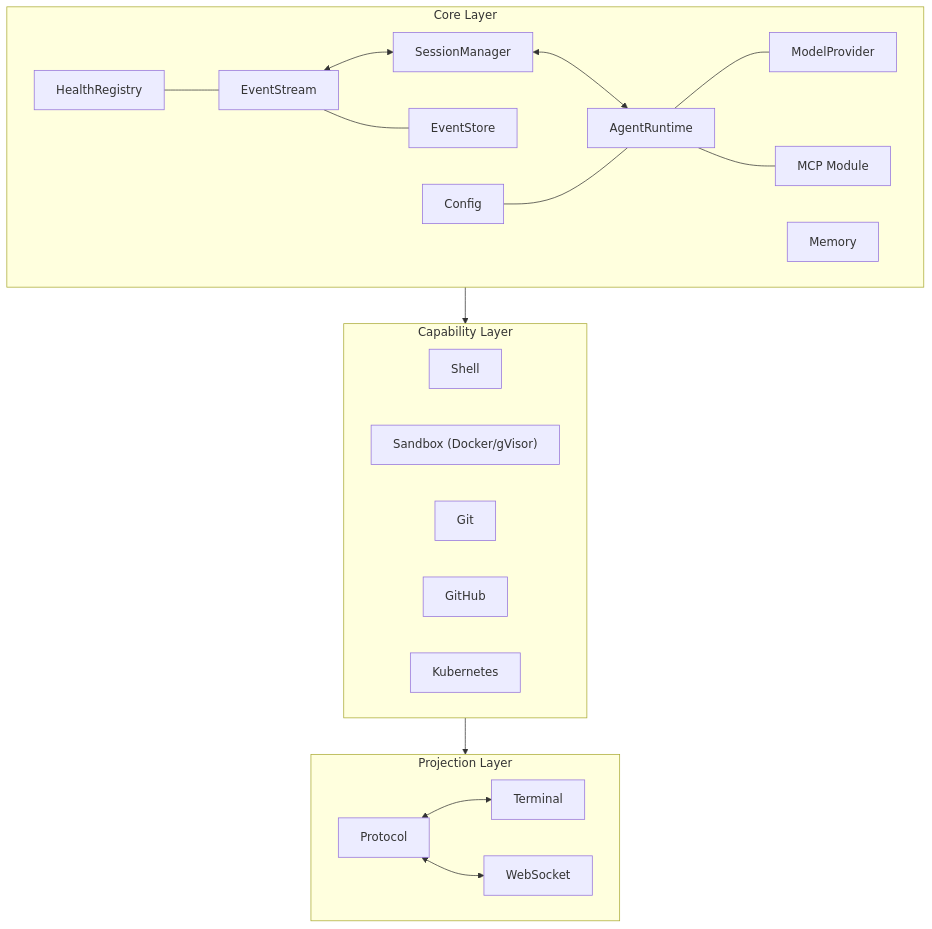
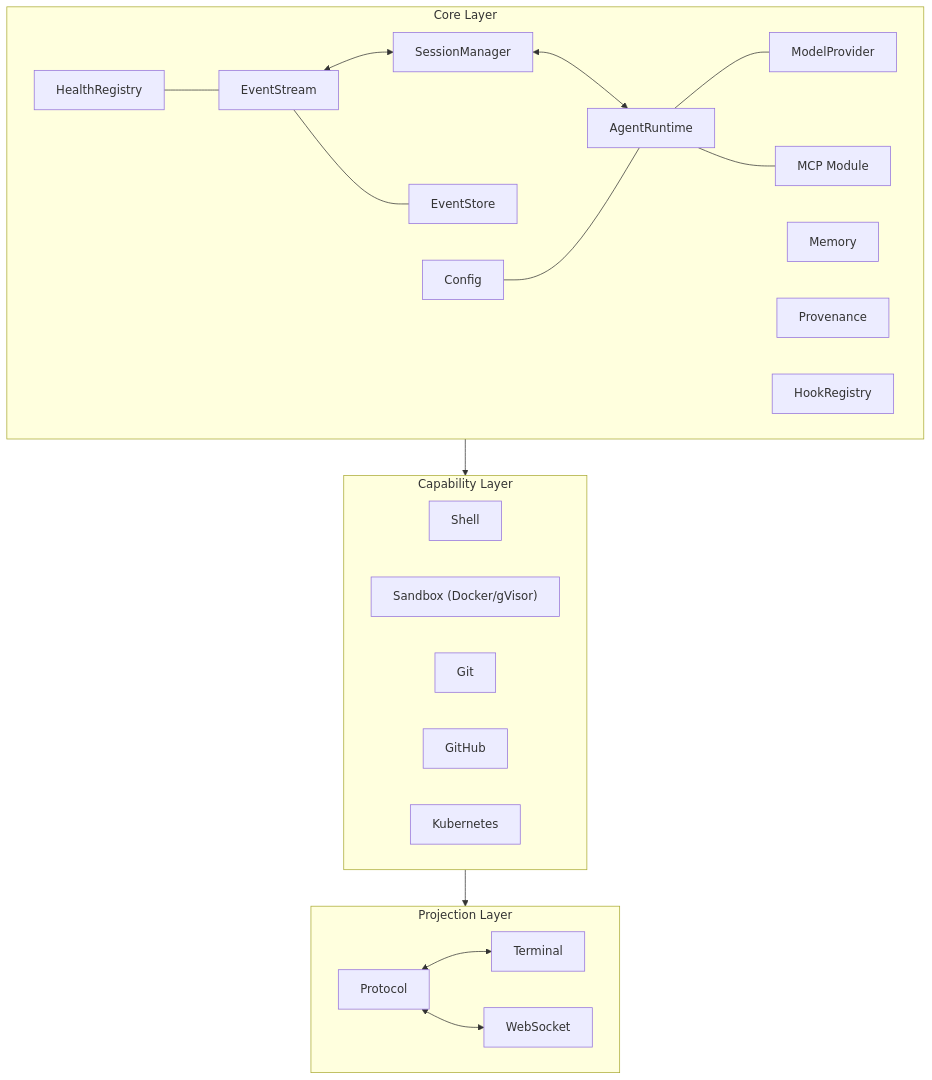
One commit to allentv/kayak-lab changed the diagram in README.md. Above: the diagram before and after it, drawn with Mermaid. The commit also changed other lines of this file and 11 other files, not shown here.

````diff
--- a/README.md
+++ b/README.md
@@ -9,32 +9,34 @@
 ```mermaid
 graph TB
     subgraph Core["Core Layer"]
         ES["EventStream"] <--> SM["SessionManager"]
         SM <--> AR["AgentRuntime"]
         ES --- ESTORE["EventStore"]
         AR --- MP["ModelProvider"]
         AR --- MCP["MCP Module"]
         MEM["Memory"]
+        PROV["Provenance"]
+        HR2["HookRegistry"]
         HR["HealthRegistry"] --- ES
         CFG["Config"] --- AR
     end
 
     subgraph Capabilities["Capability Layer"]
         Shell["Shell"]
         Sandbox["Sandbox (Docker/gVisor)"]
         Git["Git"]
         GitHub["GitHub"]
         K8s["Kubernetes"]
     end
 
     subgraph Projections["Projection Layer"]
         Protocol["Protocol"]
         Terminal["Terminal"]
         WebSocket["WebSocket"]
         Protocol <--> Terminal
         Protocol <--> WebSocket
     end
 
     Core --> Capabilities
     Capabilities --> Projections
 ```
````
